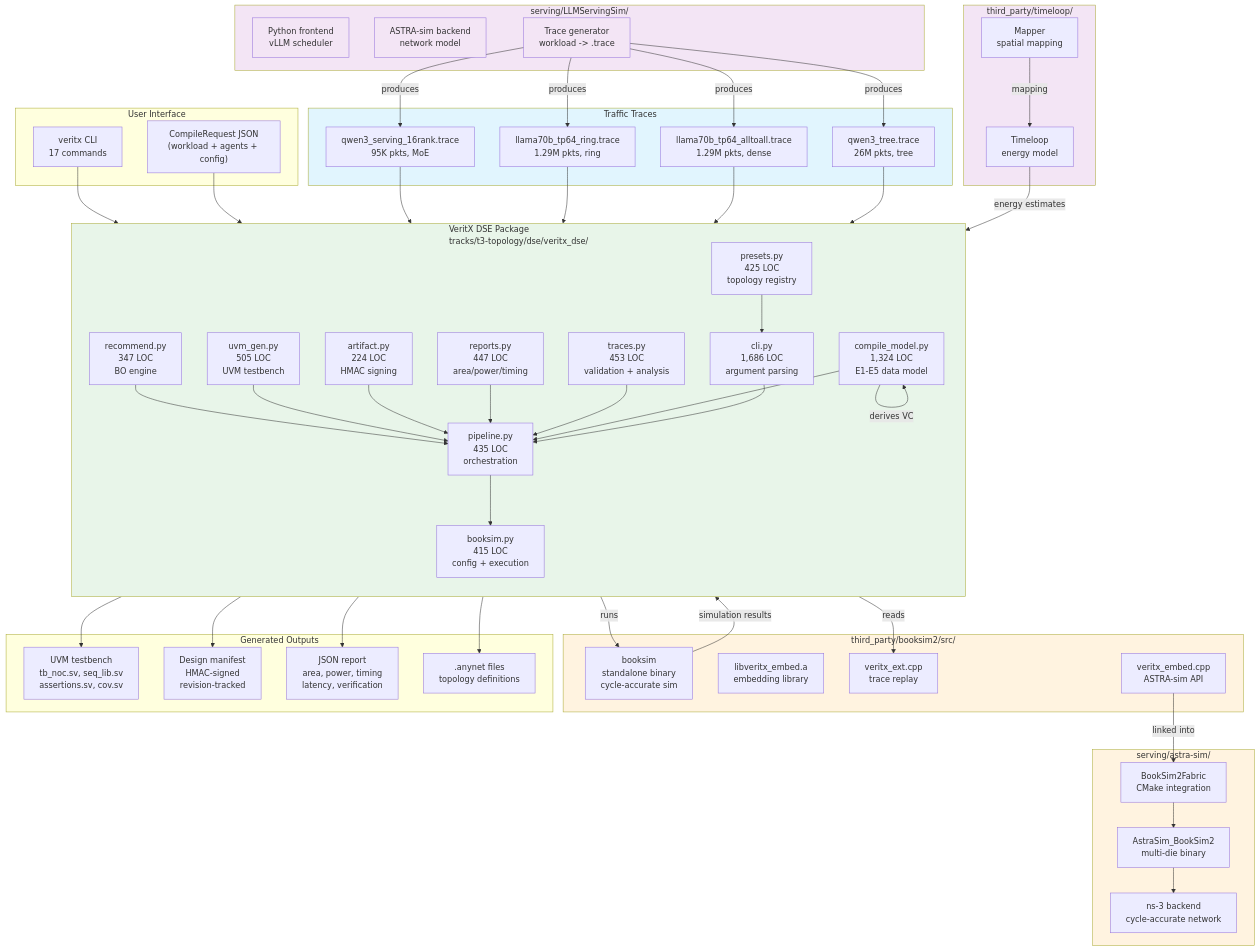
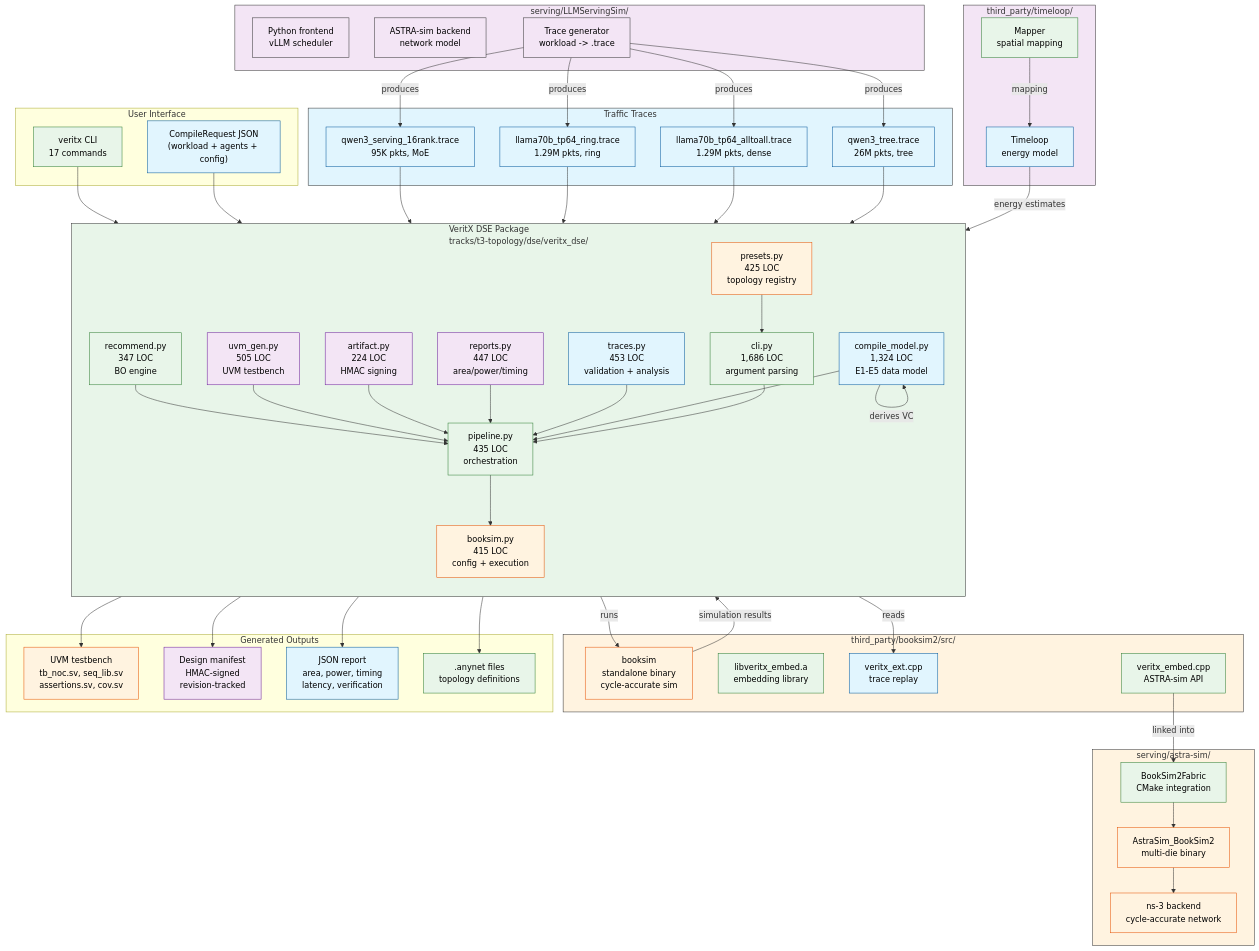
The sixth of 17 diagrams in tracks/t3-topology/dse/README.md (Anmol-S314/veritx-research), drawn with Mermaid before and after one commit. The commit also changed other lines of this file and 1 other file, not shown here.

First line of the commit message:
docs: improve Mermaid diagram styling across all 22 diagrams

````diff
--- a/tracks/t3-topology/dse/README.md
+++ b/tracks/t3-topology/dse/README.md
@@ -1110,13 +1173,24 @@
     V3 --> O2
     V3 --> O3
     V9 --> O4
-    style ASTRA fill:#fff3e0
-    style BookSim fill:#fff3e0
-    style L1 fill:#f3e5f5
-    style L2 fill:#f3e5f5
-    style L3 fill:#f3e5f5
-    style LLM fill:#f3e5f5
-    style Timeloop fill:#f3e5f5
-    style Traces fill:#e1f5fe
-    style VeritX fill:#e8f5e9
+    style ASTRA fill:#fff3e0,stroke:#333
+    style BookSim fill:#fff3e0,stroke:#333
+    style L1 fill:#f3e5f5,stroke:#333
+    style L2 fill:#f3e5f5,stroke:#333
+    style L3 fill:#f3e5f5,stroke:#333
+    style LLM fill:#f3e5f5,stroke:#333
+    style Timeloop fill:#f3e5f5,stroke:#333
+    style Traces fill:#e1f5fe,stroke:#333
+    style VeritX fill:#e8f5e9,stroke:#333
+
+
+    classDef input fill:#e1f5fe,stroke:#01579b,color:#000
+    classDef cli fill:#e8f5e9,stroke:#2e7d32,color:#000
+    classDef sim fill:#fff3e0,stroke:#e65100,color:#000
+    classDef api fill:#fce4ec,stroke:#c62828,color:#000
+    classDef output fill:#f3e5f5,stroke:#6a1b9a,color:#000
+    class U1,V1,V3,V10,B2,B4,A2,T2,O4 cli
+    class U2,V2,V4,B3,L1,L2,L3,T1,O3,TR1,TR2,TR3,TR4 input
+    class V5,V6,V7,O2 output
+    class V8,V9,B1,A1,A3,O1 sim
 ```
````
